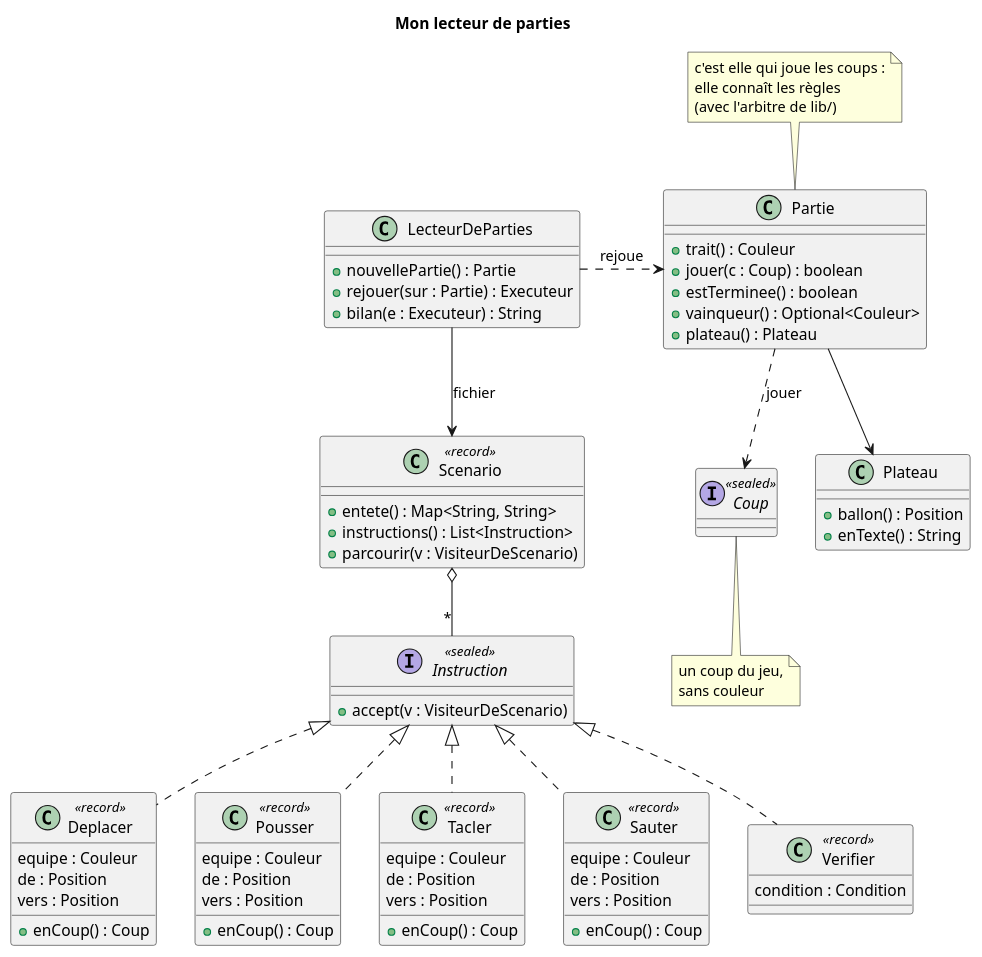
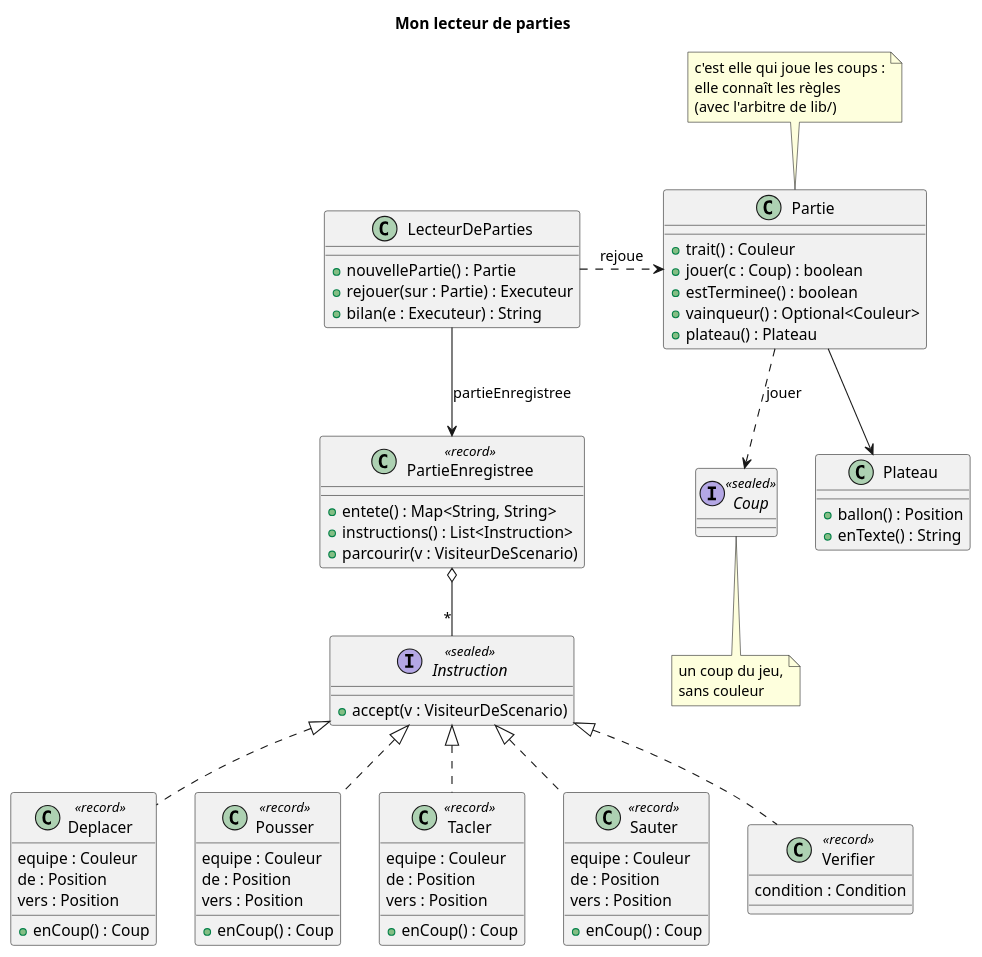
The diagram in rendus/s04-lecteur.puml (acherm/cpoo2-s04-lecteur), drawn with PlantUML before and after one commit. The commit also changed 22 other files, not shown here.

First line of the commit message:
Scenario devient PartieEnregistree, et son champ partieEnregistree

```diff
--- a/rendus/s04-lecteur.puml
+++ b/rendus/s04-lecteur.puml
@@ -4,69 +4,69 @@
 @startuml
 title Mon lecteur de parties
 
 class LecteurDeParties {
   +nouvellePartie() : Partie
   +rejouer(sur : Partie) : Executeur
   +bilan(e : Executeur) : String
 }
-class Scenario <<record>> {
+class PartieEnregistree <<record>> {
   +entete() : Map<String, String>
   +instructions() : List<Instruction>
   +parcourir(v : VisiteurDeScenario)
 }
 interface Instruction <<sealed>> {
   +accept(v : VisiteurDeScenario)
 }
 class Deplacer <<record>> {
   equipe : Couleur
   de : Position
   vers : Position
   +enCoup() : Coup
 }
 class Pousser <<record>> {
   equipe : Couleur
   de : Position
   vers : Position
   +enCoup() : Coup
 }
 class Tacler <<record>> {
   equipe : Couleur
   de : Position
   vers : Position
   +enCoup() : Coup
 }
 class Sauter <<record>> {
   equipe : Couleur
   de : Position
   vers : Position
   +enCoup() : Coup
 }
 class Verifier <<record>> {
   condition : Condition
 }
 interface Coup <<sealed>>
 note bottom of Coup : un coup du jeu,\nsans couleur
 class Partie {
   +trait() : Couleur
   +jouer(c : Coup) : boolean
   +estTerminee() : boolean
   +vainqueur() : Optional<Couleur>
   +plateau() : Plateau
 }
 note top of Partie : c'est elle qui joue les coups :\nelle connaît les règles\n(avec l'arbitre de lib/)
 class Plateau {
   +ballon() : Position
   +enTexte() : String
 }
 
-LecteurDeParties --> Scenario : fichier
+LecteurDeParties --> PartieEnregistree : partieEnregistree
 LecteurDeParties .r.> Partie : rejoue
-Scenario o-- "*" Instruction
+PartieEnregistree o-- "*" Instruction
 Instruction <|.. Deplacer
 Instruction <|.. Pousser
 Instruction <|.. Tacler
 Instruction <|.. Sauter
 Instruction <|.. Verifier
 Partie --> Plateau
 Partie ..> Coup : jouer
 @enduml
```
